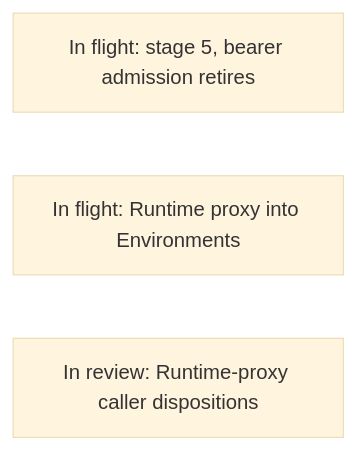
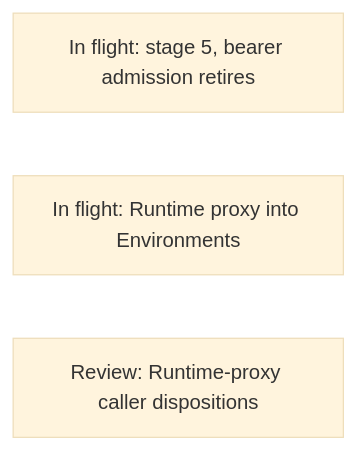
The first of 20 diagrams in agentplane/plans/task_dag.md (agentydragon/ducktape), drawn with Mermaid (base theme) before and after one commit. The commit also changed other lines of this file, not shown here.

````diff
--- a/agentplane/plans/task_dag.md
+++ b/agentplane/plans/task_dag.md
@@ -207,6 +206,6 @@
 ```mermaid
 flowchart LR
     PRIVILEGED_BACKEND_AUTH_DESIGN[In flight: stage 5, bearer admission retires]
     RUNTIME_PROXY_TO_ENVIRONMENTS[In flight: Runtime proxy into Environments]
-    RUNTIME_PROXY_CALLER_AUDIT[In review: Runtime-proxy caller dispositions]
+    RUNTIME_PROXY_CALLER_AUDIT[Review: Runtime-proxy caller dispositions]
 ```
````
